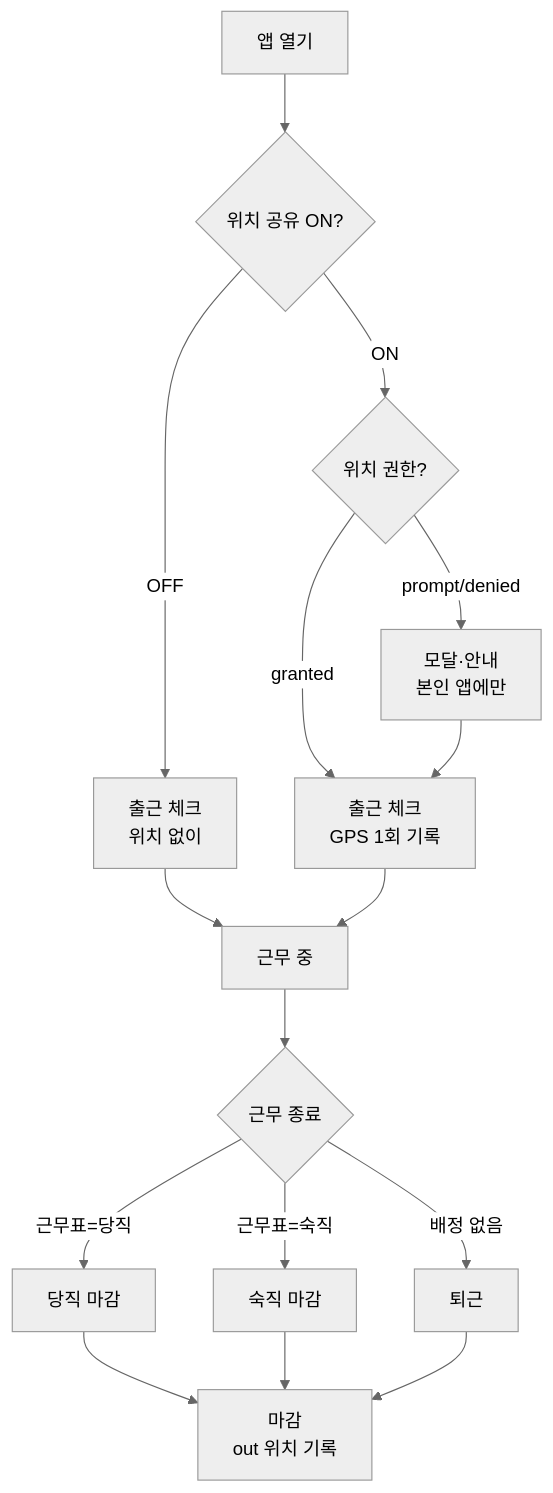
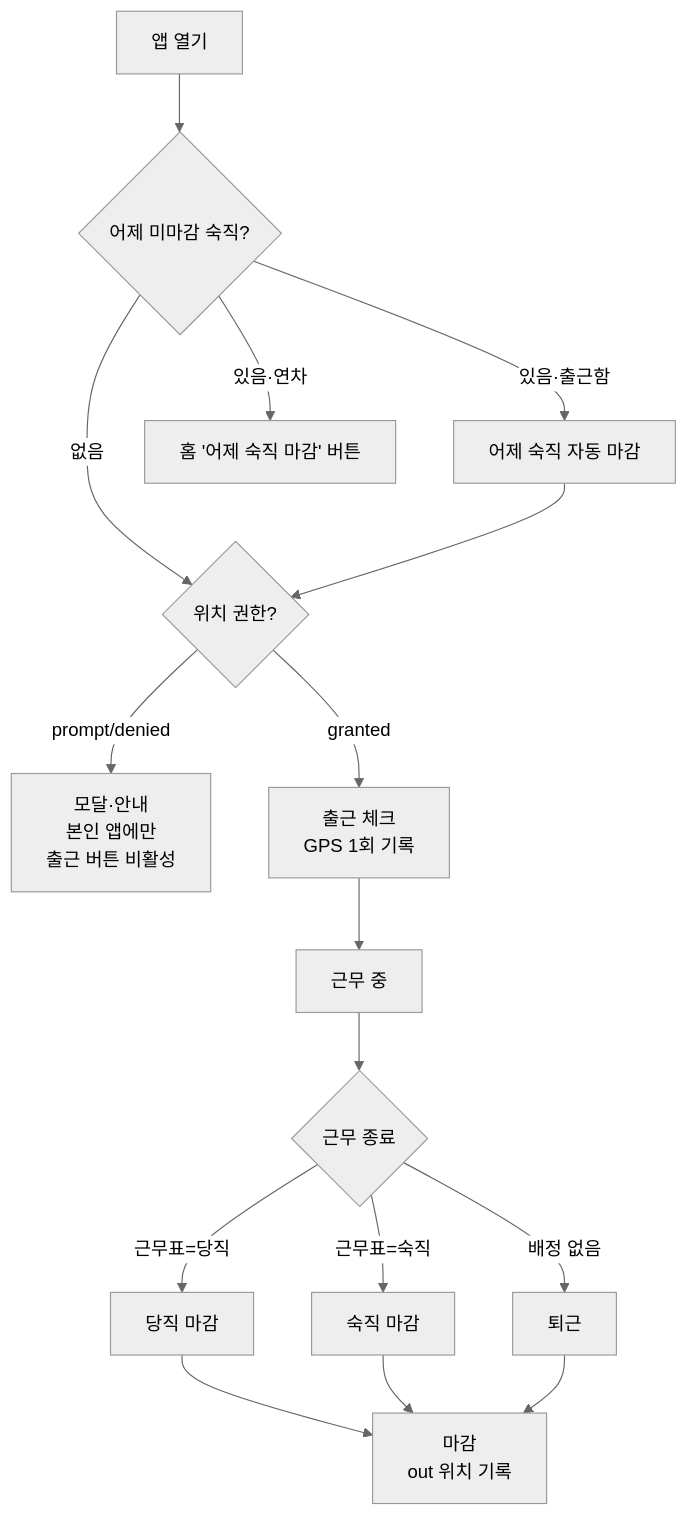
The diagram in docs/ATTENDANCE.md (ssj910-design/GUIL-APP), drawn with Mermaid (neutral theme) before and after one commit. The commit also changed other lines of this file, not shown here.

````diff
--- a/docs/ATTENDANCE.md
+++ b/docs/ATTENDANCE.md
@@ -66,16 +68,16 @@
 ```mermaid
 flowchart TD
-  A[앱 열기] --> B{위치 공유 ON?}
-  B -- OFF --> H[출근 체크<br/>위치 없이]
-  B -- ON --> C{위치 권한?}
-  C -- prompt/denied --> D[모달·안내<br/>본인 앱에만]
+  A[앱 열기] --> N{어제 미마감 숙직?}
+  N -- 있음·출근함 --> AC[어제 숙직 자동 마감]
+  N -- 있음·연차 --> NB[홈 '어제 숙직 마감' 버튼]
+  N -- 없음 --> C{위치 권한?}
+  AC --> C
+  C -- prompt/denied --> D[모달·안내<br/>본인 앱에만<br/>출근 버튼 비활성]
   C -- granted --> E[출근 체크<br/>GPS 1회 기록]
-  D --> E
-  H --> F[근무 중]
-  E --> F
+  E --> F[근무 중]
   F --> G{근무 종료}
   G -- 근무표=당직 --> I[당직 마감]
   G -- 근무표=숙직 --> J[숙직 마감]
   G -- 배정 없음 --> K[퇴근]
   I & J & K --> L[마감<br/>out 위치 기록]
 ```
````
